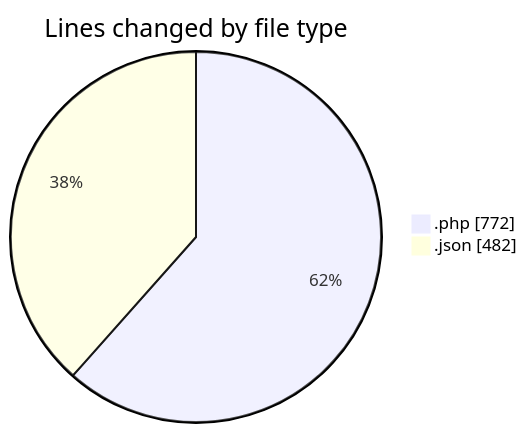
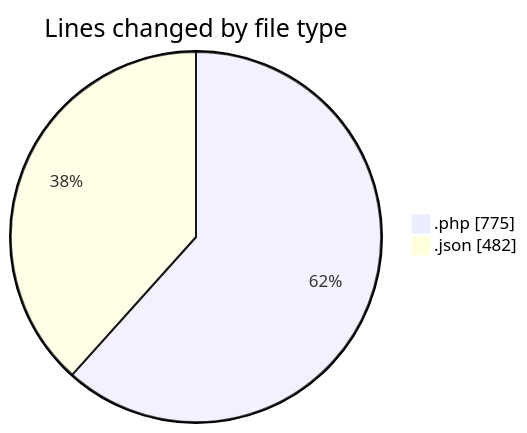
The first of 2 diagrams in 2025-03-30/autodidak/README.md (idhammustaqopulfikri/code-tracking), drawn with Mermaid before and after one commit. The commit also changed other lines of this file and 1 other file, not shown here.

````diff
--- a/2025-03-30/autodidak/README.md
+++ b/2025-03-30/autodidak/README.md
@@ -28,6 +28,6 @@
 ```mermaid
 pie showData
 title Lines changed by file type
-".php" : 772
+".php" : 775
 ".json" : 482
 ```
````
